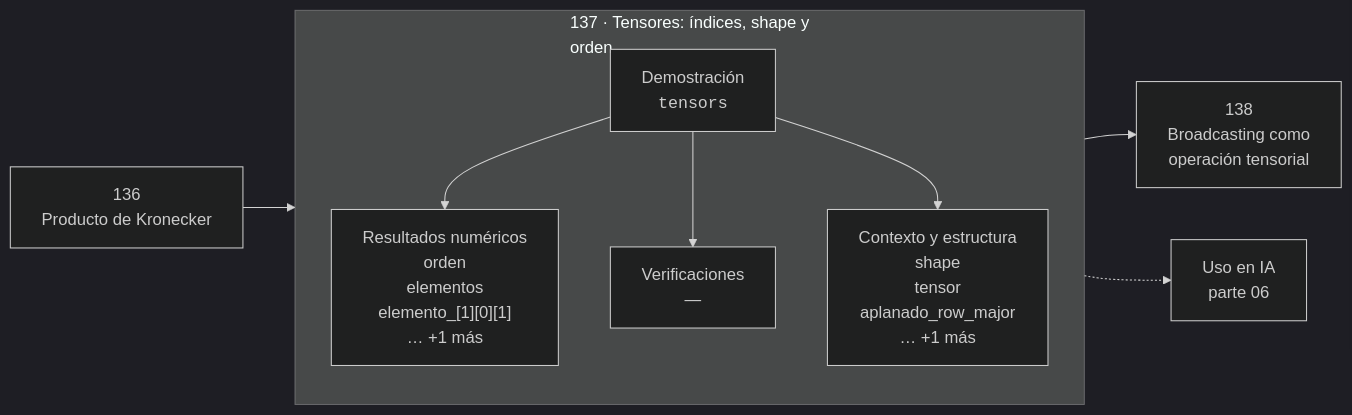
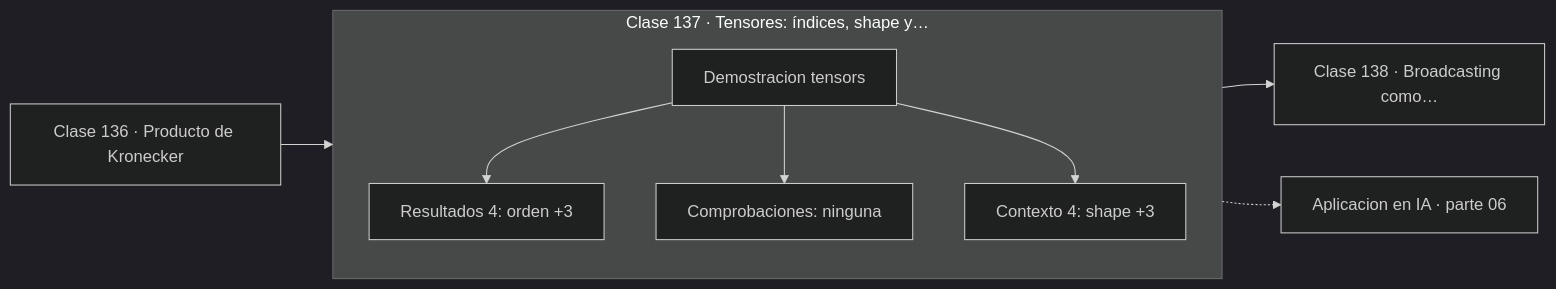
The diagram in classes/part-06-algebra-lineal-ii-descomposiciones-y-tensores/137-tensores-indices-shape-y-orden/README.md (vladimiracunadev-create/computational-mathematics-program), drawn with Mermaid (dark theme) before and after one commit. The commit also changed 389 other files, not shown here.

First line of the commit message:
fix(diagramas): elimina el HTML de las etiquetas Mermaid

````diff
--- a/classes/part-06-algebra-lineal-ii-descomposiciones-y-tensores/137-tensores-indices-shape-y-orden/README.md
+++ b/classes/part-06-algebra-lineal-ii-descomposiciones-y-tensores/137-tensores-indices-shape-y-orden/README.md
@@ -30,12 +30,13 @@
 ```mermaid
 flowchart LR
-    P["136<br/>Producto de Kronecker"] --> C
-    subgraph C["137 · Tensores: índices, shape y<br/>orden"]
+    P["Clase 136 · Producto de Kronecker"] --> D
+    subgraph CLASE["Clase 137 · Tensores: índices, shape y…"]
         direction TB
-        D["Demostración<br/><code>tensors</code>"] --> R["Resultados numéricos<br/>orden<br/>elementos<br/>elemento_[1][0][1]<br/>… +1 más"]
-        D --> V["Verificaciones<br/>—"]
-        D --> O["Contexto y estructura<br/>shape<br/>tensor<br/>aplanado_row_major<br/>… +1 más"]
+        D["Demostracion tensors"]
+        D --> R["Resultados 4: orden +3"]
+        D --> V["Comprobaciones: ninguna"]
+        D --> O["Contexto 4: shape +3"]
     end
-    C --> N["138<br/>Broadcasting como<br/>operación tensorial"]
-    C -.-> IA["Uso en IA<br/>parte 06"]
+    R --> N["Clase 138 · Broadcasting como…"]
+    V -.-> IA["Aplicacion en IA · parte 06"]
 ```
````
